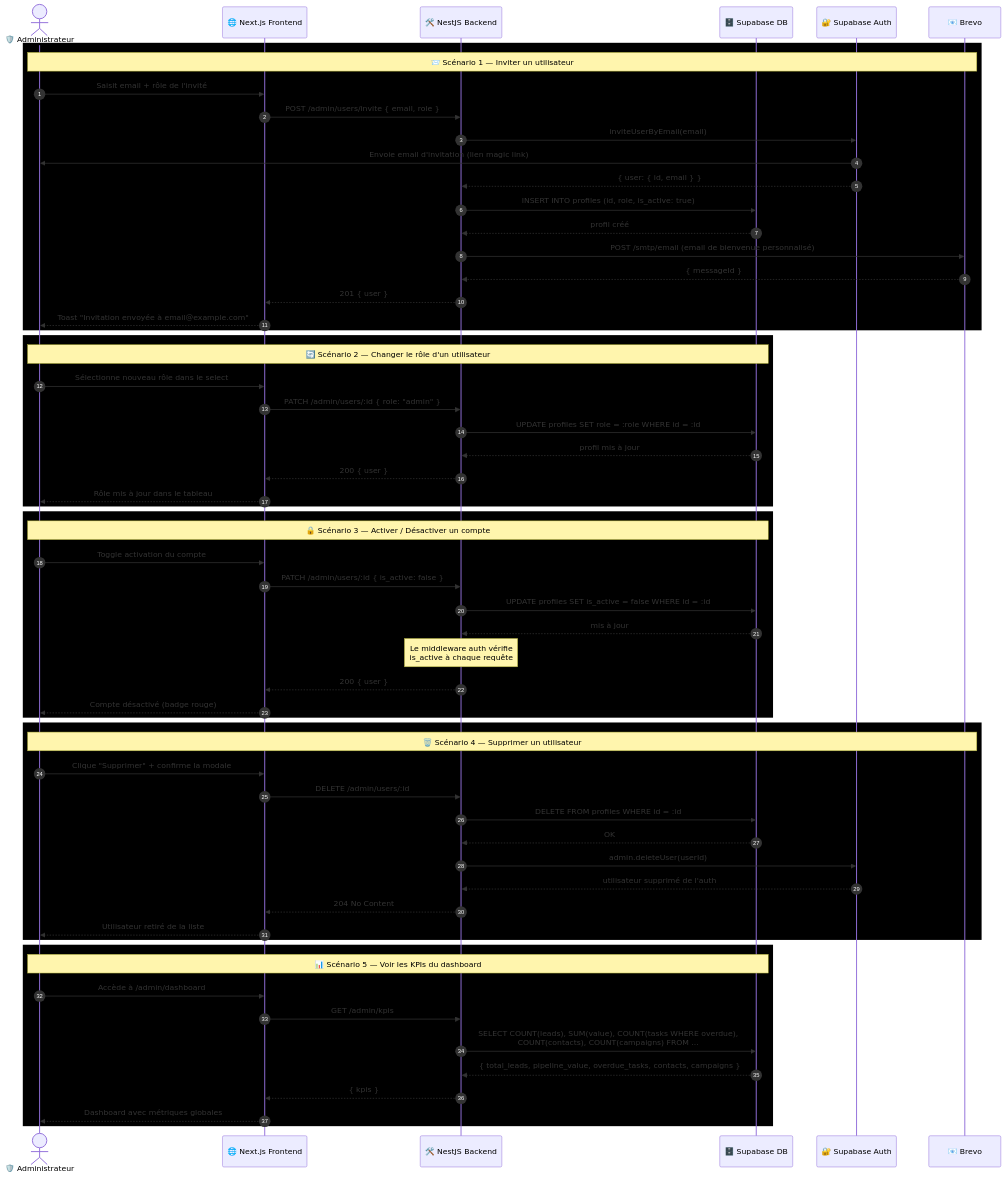
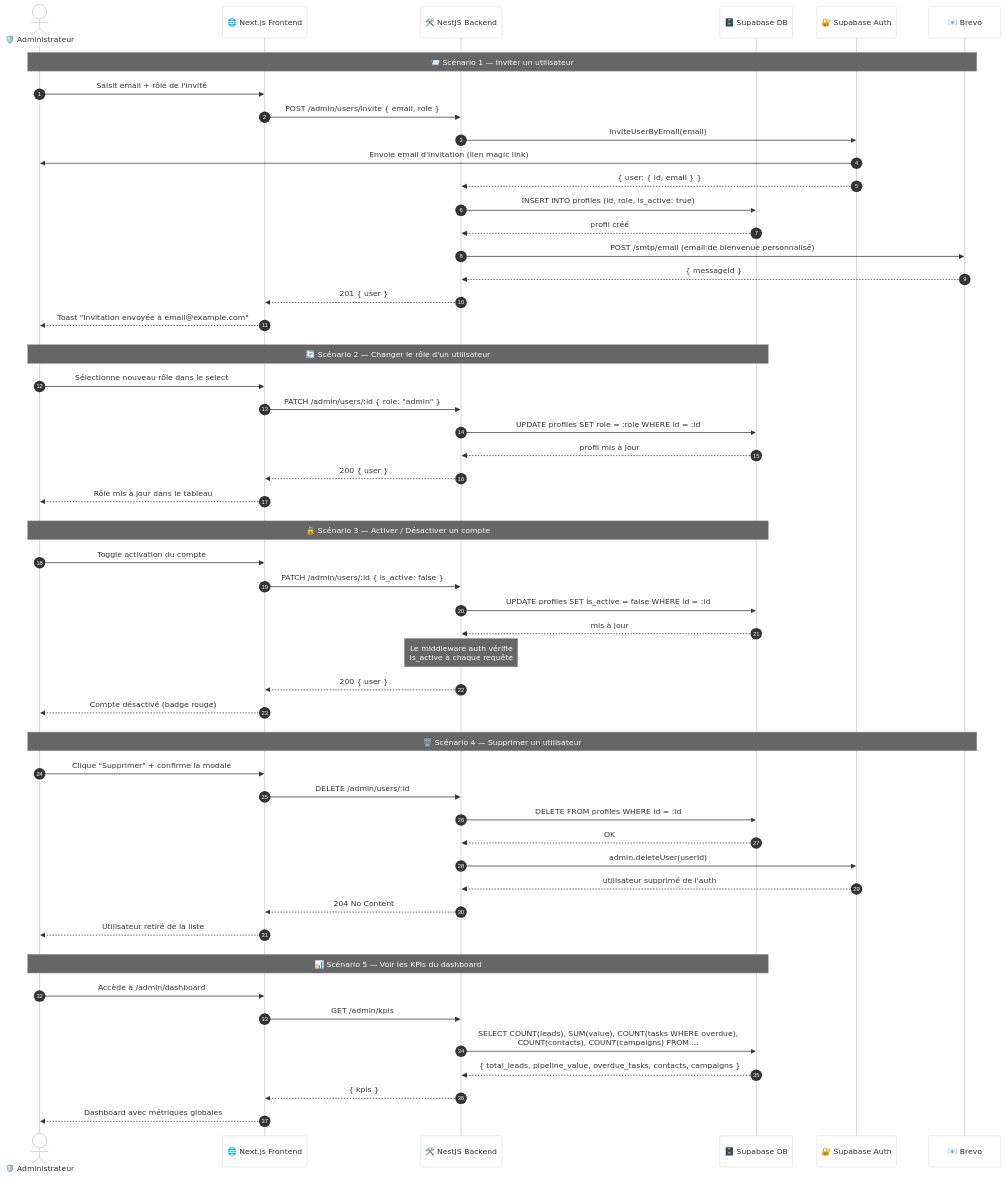
One commit to uciie/crm changed the diagram in docs/sequences/seq_admin.mermaid. Above: the diagram before and after it, drawn with Mermaid. The commit also changed 13 other files, not shown here.

```diff
--- a/docs/sequences/seq_admin.mermaid
+++ b/docs/sequences/seq_admin.mermaid
@@ -1,71 +1,85 @@
+%%{init: {
+  'theme': 'neutral',
+  'themeVariables': {
+    'primaryColor': '#ffffff',
+    'primaryTextColor': '#000000',
+    'primaryBorderColor': '#000000',
+    'lineColor': '#000000',
+    'secondaryColor': '#f4f4f4',
+    'tertiaryColor': '#ffffff',
+    'mainBkg': '#ffffff',
+    'nodeTextColor': '#000000'
+  }
+}}%%
+
 sequenceDiagram
     autonumber
     actor A as 🛡️ Administrateur
     participant FE as 🌐 Next.js Frontend
     participant BE as 🛠️ NestJS Backend
     participant DB as 🗄️ Supabase DB
     participant SA as 🔐 Supabase Auth
     participant BR as 📧 Brevo
 
     %% ─── INVITER UN UTILISATEUR ──────────────────────────
-    rect rgb(0, 0, 0)
+    rect rgb(255, 255, 255)
         Note over A,BR: 📨 Scénario 1 — Inviter un utilisateur
         A->>FE: Saisit email + rôle de l'invité
         FE->>BE: POST /admin/users/invite { email, role }
         BE->>SA: inviteUserByEmail(email)
         SA->>A: Envoie email d'invitation (lien magic link)
         SA-->>BE: { user: { id, email } }
         BE->>DB: INSERT INTO profiles (id, role, is_active: true)
         DB-->>BE: profil créé
         BE->>BR: POST /smtp/email (email de bienvenue personnalisé)
         BR-->>BE: { messageId }
         BE-->>FE: 201 { user }
         FE-->>A: Toast "Invitation envoyée à email@example.com"
     end
 
     %% ─── CHANGER LE RÔLE ────────────────────────────────
-    rect rgb(0, 0, 0)
+    rect rgb(255, 255, 255)
         Note over A,DB: 🔄 Scénario 2 — Changer le rôle d'un utilisateur
         A->>FE: Sélectionne nouveau rôle dans le select
         FE->>BE: PATCH /admin/users/:id { role: "admin" }
         BE->>DB: UPDATE profiles SET role = :role WHERE id = :id
         DB-->>BE: profil mis à jour
         BE-->>FE: 200 { user }
         FE-->>A: Rôle mis à jour dans le tableau
     end
 
     %% ─── ACTIVER / DÉSACTIVER ────────────────────────────
-    rect rgb(0, 0, 0)
+    rect rgb(255, 255, 255)
         Note over A,DB: 🔒 Scénario 3 — Activer / Désactiver un compte
         A->>FE: Toggle activation du compte
         FE->>BE: PATCH /admin/users/:id { is_active: false }
         BE->>DB: UPDATE profiles SET is_active = false WHERE id = :id
         DB-->>BE: mis à jour
         Note over BE: Le middleware auth vérifie<br/>is_active à chaque requête
         BE-->>FE: 200 { user }
         FE-->>A: Compte désactivé (badge rouge)
     end
 
     %% ─── SUPPRIMER UN UTILISATEUR ────────────────────────
-    rect rgb(0, 0, 0)
+    rect rgb(255, 255, 255)
         Note over A,BR: 🗑️ Scénario 4 — Supprimer un utilisateur
         A->>FE: Clique "Supprimer" + confirme la modale
         FE->>BE: DELETE /admin/users/:id
         BE->>DB: DELETE FROM profiles WHERE id = :id
         DB-->>BE: OK
         BE->>SA: admin.deleteUser(userId)
         SA-->>BE: utilisateur supprimé de l'auth
         BE-->>FE: 204 No Content
         FE-->>A: Utilisateur retiré de la liste
     end
 
     %% ─── DASHBOARD KPIs ──────────────────────────────────
-    rect rgb(0, 0, 0)
+    rect rgb(255, 255, 255)
         Note over A,DB: 📊 Scénario 5 — Voir les KPIs du dashboard
         A->>FE: Accède à /admin/dashboard
         FE->>BE: GET /admin/kpis
         BE->>DB: SELECT COUNT(leads), SUM(value), COUNT(tasks WHERE overdue),<br/>COUNT(contacts), COUNT(campaigns) FROM ...
         DB-->>BE: { total_leads, pipeline_value, overdue_tasks, contacts, campaigns }
         BE-->>FE: { kpis }
         FE-->>A: Dashboard avec métriques globales
     end
```
